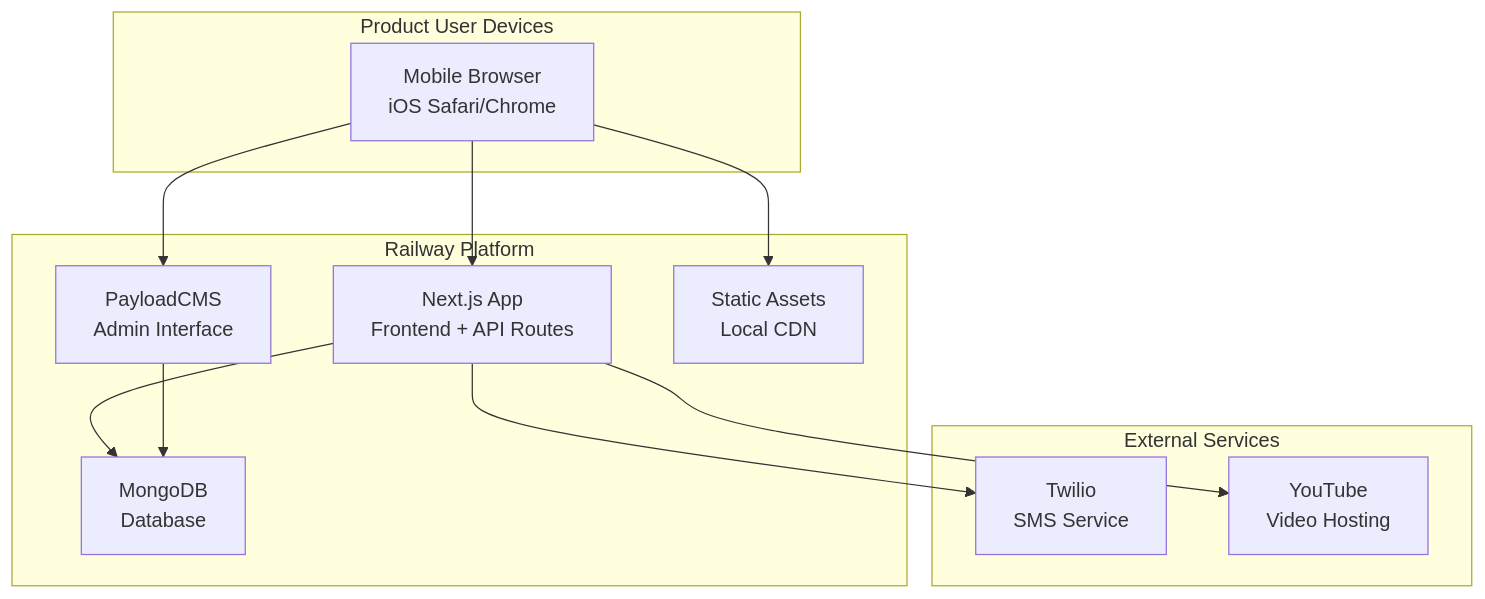
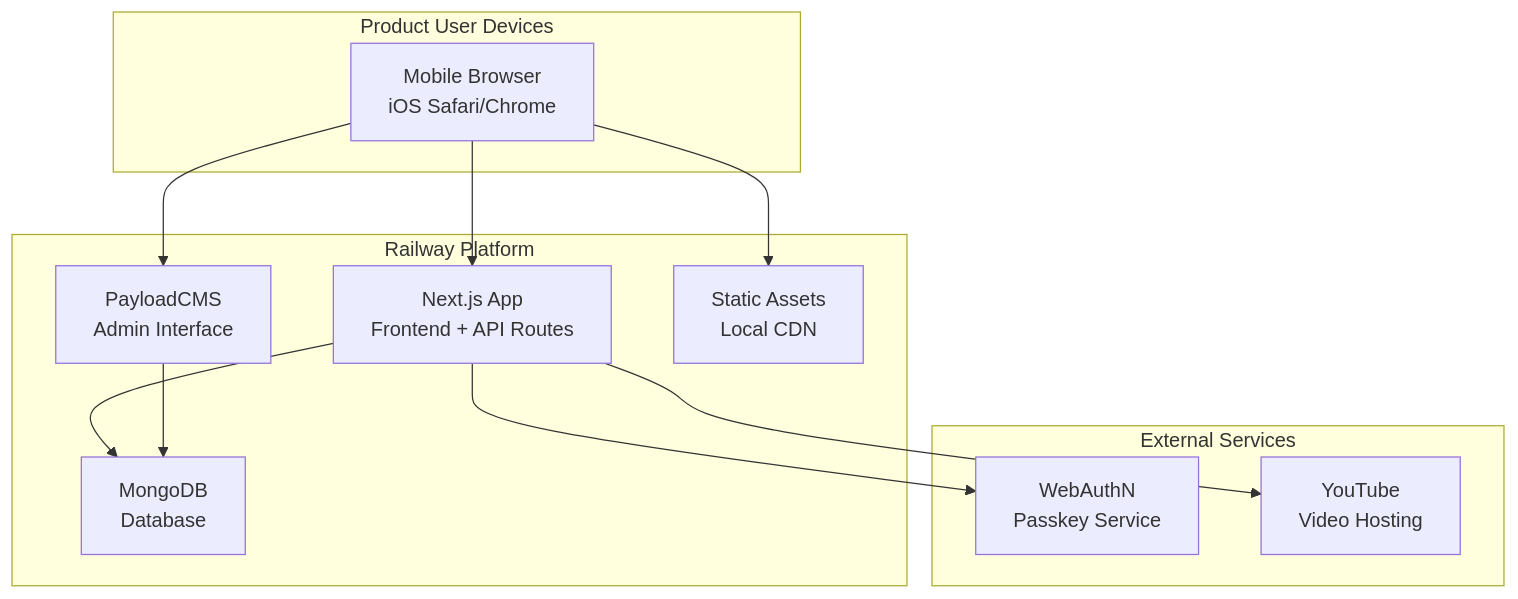
One commit to justinsisley/workout changed the diagram in docs/architecture/high-level-architecture.md. Above: the diagram before and after it, drawn with Mermaid. The commit also changed other lines of this file and 44 other files, not shown here.

````diff
--- a/docs/architecture/high-level-architecture.md
+++ b/docs/architecture/high-level-architecture.md
@@ -45,26 +45,26 @@
 ```mermaid
 graph TB
     subgraph "Product User Devices"
         A[Mobile Browser<br/>iOS Safari/Chrome]
     end
 
     subgraph "Railway Platform"
         B[Next.js App<br/>Frontend + API Routes]
         C[PayloadCMS<br/>Admin Interface]
         D[MongoDB<br/>Database]
         E[Static Assets<br/>Local CDN]
     end
 
     subgraph "External Services"
-        F[Twilio<br/>SMS Service]
+        F[WebAuthN<br/>Passkey Service]
         G[YouTube<br/>Video Hosting]
     end
 
     A --> B
     A --> C
     A --> E
     B --> D
     B --> F
     B --> G
     C --> D
 ```
````
